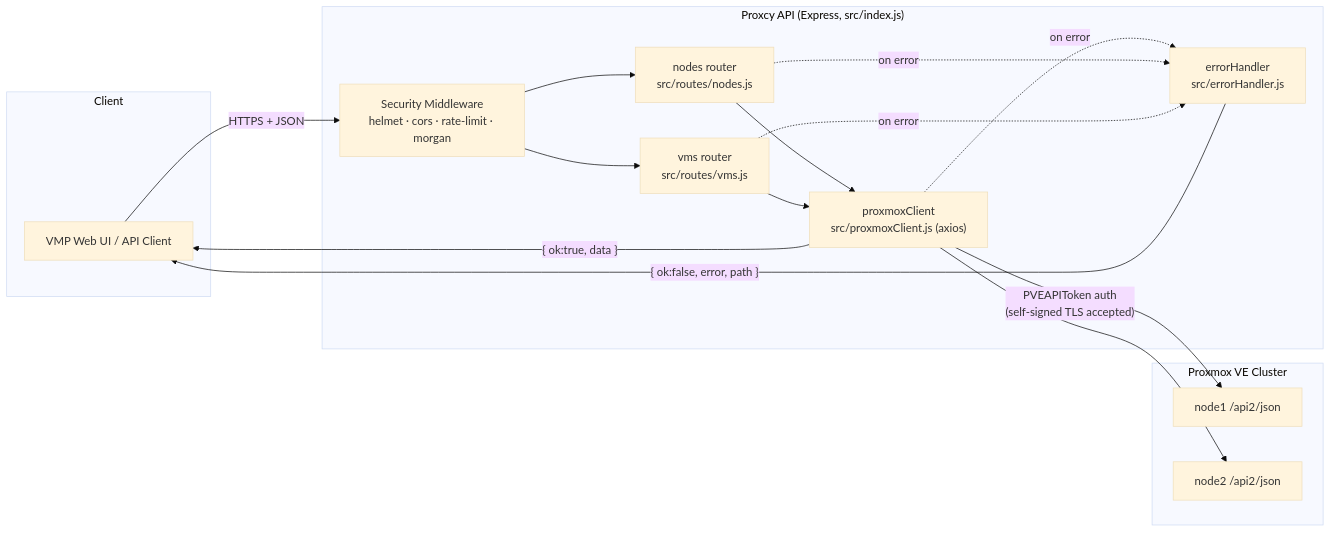
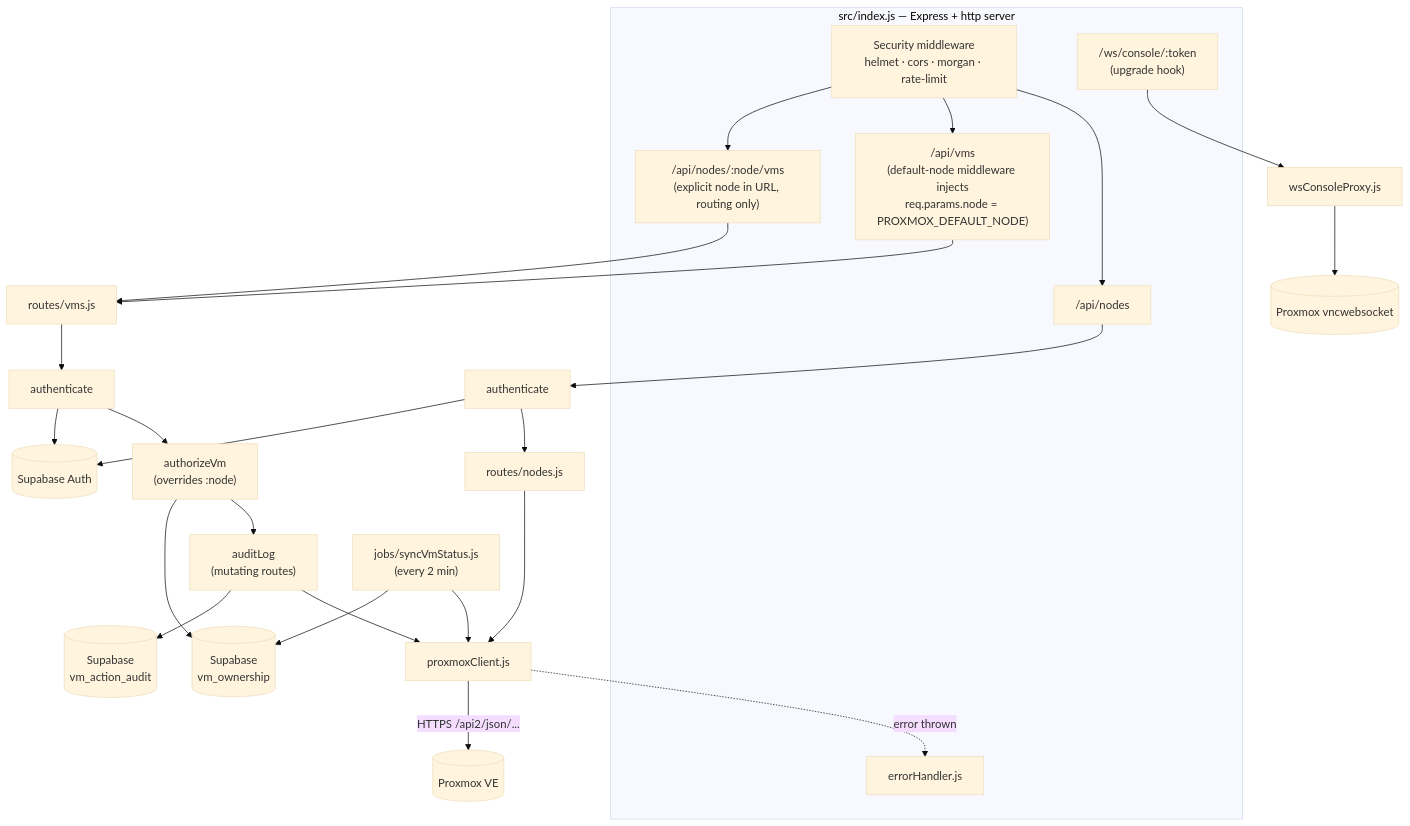
One commit to 1cng-dev/proxmox-proxy changed the fourth of 7 diagrams in Proxcy-API ↔ Proxmox VE — Architecture & Request Flow.md. Above: the diagram before and after it, drawn with Mermaid (base theme). The commit also changed other lines of this file and 17 other files, not shown here.

````diff
--- a/Proxcy-API ↔ Proxmox VE — Architecture & Request Flow.md
+++ b/Proxcy-API ↔ Proxmox VE — Architecture & Request Flow.md
@@ -21,32 +90,34 @@
 ```mermaid
-flowchart LR
-    subgraph Client
-        UI["VMP Web UI / API Client"]
+flowchart TB
+    subgraph EXPRESS["src/index.js — Express + http server"]
+        MW["Security middleware\nhelmet · cors · morgan · rate-limit"]
+        RT1["/api/nodes"]
+        RT2["/api/vms\n(default-node middleware injects\nreq.params.node = PROXMOX_DEFAULT_NODE)"]
+        RT3["/api/nodes/:node/vms\n(explicit node in URL, routing only)"]
+        WSU["/ws/console/:token\n(upgrade hook)"]
+        EH["errorHandler.js"]
     end
 
-    subgraph Proxcy["Proxcy API (Express, src/index.js)"]
-        MW["Security Middleware\nhelmet · cors · rate-limit · morgan"]
-        RN["nodes router\nsrc/routes/nodes.js"]
-        RV["vms router\nsrc/routes/vms.js"]
-        PC["proxmoxClient\nsrc/proxmoxClient.js (axios)"]
-        EH["errorHandler\nsrc/errorHandler.js"]
-    end
+    MW --> RT1
+    MW --> RT2
+    MW --> RT3
 
-    subgraph PVE["Proxmox VE Cluster"]
-        NODE1["node1 /api2/json"]
-        NODE2["node2 /api2/json"]
-    end
+    RT1 --> AUTH1["authenticate"] --> NR["routes/nodes.js"]
+    RT2 --> VR["routes/vms.js"]
+    RT3 --> VR
 
-    UI -- "HTTPS + JSON" --> MW
-    MW --> RN
-    MW --> RV
-    RN --> PC
-    RV --> PC
-    PC -- "PVEAPIToken auth\n(self-signed TLS accepted)" --> NODE1
-    PC --> NODE2
-    PC -. "on error" .-> EH
-    RN -. "on error" .-> EH
-    RV -. "on error" .-> EH
-    EH -- "{ ok:false, error, path }" --> UI
-    PC -- "{ ok:true, data }" --> UI
+    VR --> AUTH2["authenticate"] --> AUTHZ["authorizeVm\n(overrides :node)"] --> AUDIT["auditLog\n(mutating routes)"] --> PC["proxmoxClient.js"]
+
+    WSU --> WSPROXY["wsConsoleProxy.js"] --> PVEWS[("Proxmox vncwebsocket")]
+
+    NR --> PC
+    PC -.->|"error thrown"| EH
+    PC -->|"HTTPS /api2/json/..."| PVE[("Proxmox VE")]
+
+    CRON["jobs/syncVmStatus.js\n(every 2 min)"] --> PC
+    CRON --> SB[("Supabase\nvm_ownership")]
+    AUTHZ --> SB
+    AUDIT --> SB2[("Supabase\nvm_action_audit")]
+    AUTH1 --> SBAUTH[("Supabase Auth")]
+    AUTH2 --> SBAUTH
 ```
````
